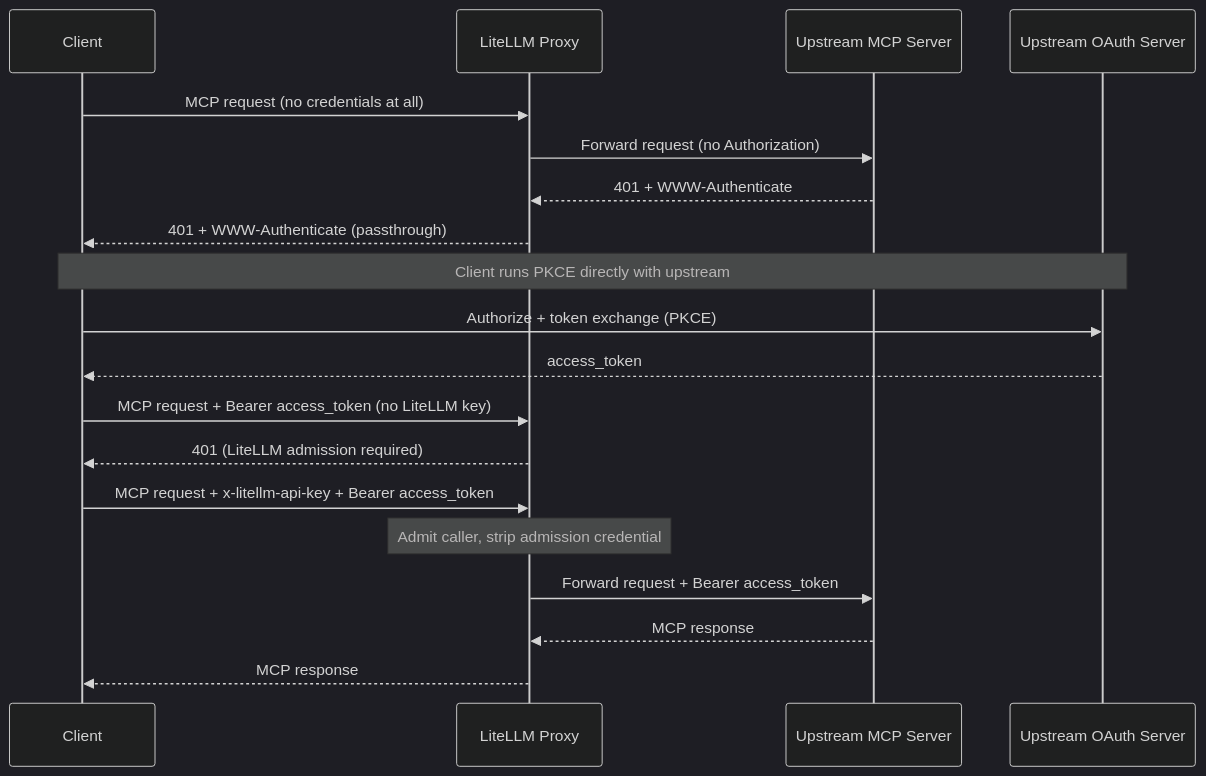
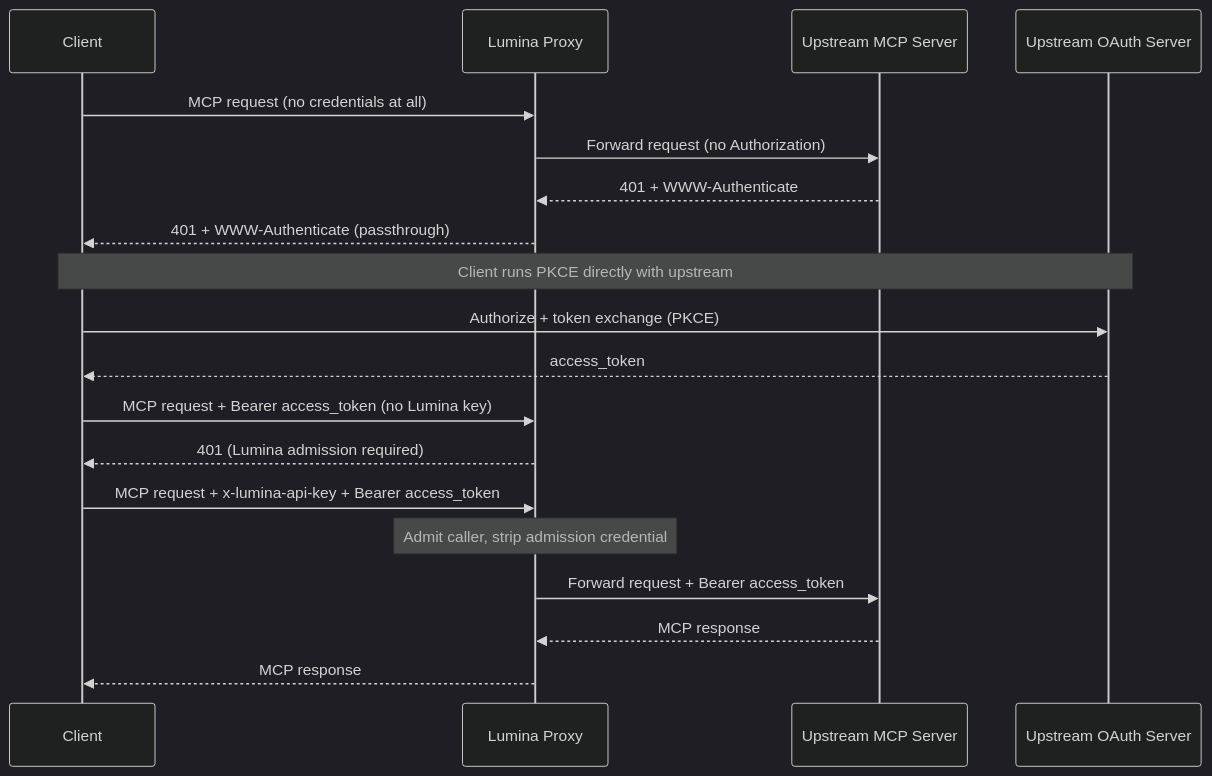
One commit to Soventra/lumina-docs changed the fourth of 4 diagrams in docs/mcp_oauth_passthrough.md. Above: the diagram before and after it, drawn with Mermaid (dark theme). The commit also changed other lines of this file and 1578 other files, not shown here.

````diff
--- a/docs/mcp_oauth_passthrough.md
+++ b/docs/mcp_oauth_passthrough.md
@@ -406,25 +406,25 @@
 ```mermaid
 sequenceDiagram
     participant Client
-    participant LiteLLM as LiteLLM Proxy
+    participant Lumina as Lumina Proxy
     participant MCP as Upstream MCP Server
     participant Auth as Upstream OAuth Server
 
-    Client->>LiteLLM: MCP request (no credentials at all)
-    LiteLLM->>MCP: Forward request (no Authorization)
-    MCP-->>LiteLLM: 401 + WWW-Authenticate
-    LiteLLM-->>Client: 401 + WWW-Authenticate (passthrough)
+    Client->>Lumina: MCP request (no credentials at all)
+    Lumina->>MCP: Forward request (no Authorization)
+    MCP-->>Lumina: 401 + WWW-Authenticate
+    Lumina-->>Client: 401 + WWW-Authenticate (passthrough)
 
     Note over Client,Auth: Client runs PKCE directly with upstream
     Client->>Auth: Authorize + token exchange (PKCE)
     Auth-->>Client: access_token
 
-    Client->>LiteLLM: MCP request + Bearer access_token (no LiteLLM key)
-    LiteLLM-->>Client: 401 (LiteLLM admission required)
+    Client->>Lumina: MCP request + Bearer access_token (no Lumina key)
+    Lumina-->>Client: 401 (Lumina admission required)
 
-    Client->>LiteLLM: MCP request + x-litellm-api-key + Bearer access_token
-    Note over LiteLLM: Admit caller, strip admission credential
-    LiteLLM->>MCP: Forward request + Bearer access_token
-    MCP-->>LiteLLM: MCP response
-    LiteLLM-->>Client: MCP response
+    Client->>Lumina: MCP request + x-lumina-api-key + Bearer access_token
+    Note over Lumina: Admit caller, strip admission credential
+    Lumina->>MCP: Forward request + Bearer access_token
+    MCP-->>Lumina: MCP response
+    Lumina-->>Client: MCP response
 ```
````
